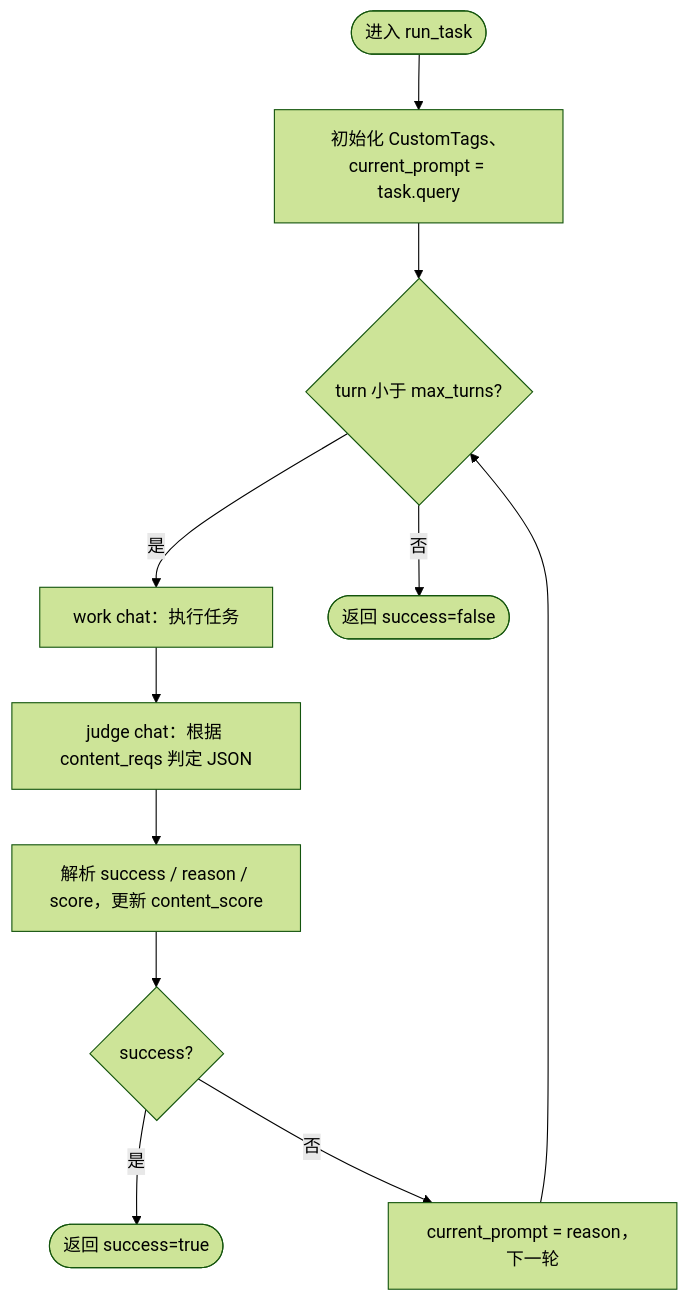
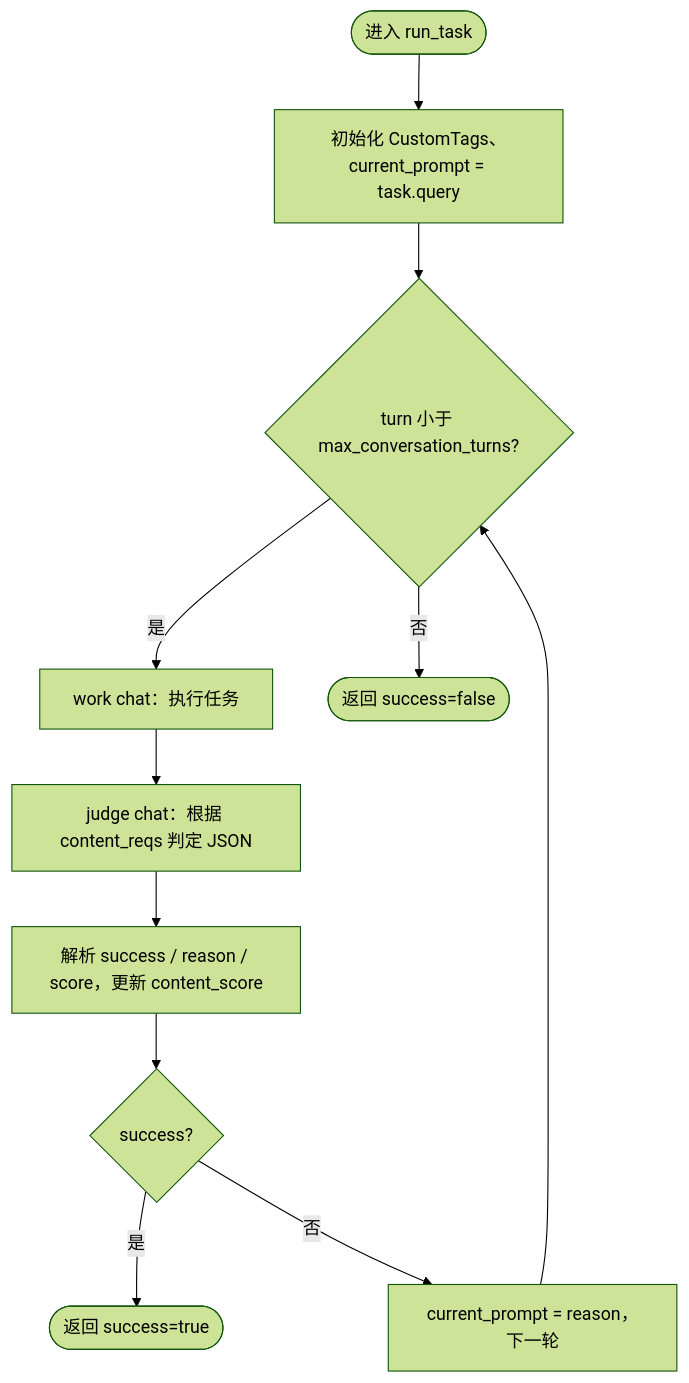
The second of 4 diagrams in docs/eval-flow.md (FeiZhuNiU-INFJA/LIFT), drawn with Mermaid (forest theme) before and after one commit. The commit also changed other lines of this file and 13 other files, not shown here.

First line of the commit message:
refactor: 替换旧的EVAL_MAX_TURNS为新的max_conversation_turns配置

````diff
--- a/docs/eval-flow.md
+++ b/docs/eval-flow.md
@@ -261,13 +261,13 @@
 ```mermaid
 flowchart TD
   start([进入 run_task]) --> init[初始化 CustomTags、current_prompt = task.query]
-  init --> loop{turn 小于 max_turns?}
+  init --> loop{turn 小于 max_conversation_turns?}
   loop -->|是| work[work chat：执行任务]
   work --> judge[judge chat：根据 content_reqs 判定 JSON]
   judge --> parse[解析 success / reason / score，更新 content_score]
   parse --> ok{success?}
   ok -->|是| done([返回 success=true])
   ok -->|否| retry[current_prompt = reason，下一轮]
   retry --> loop
   loop -->|否| fail([返回 success=false])
 ```
````
